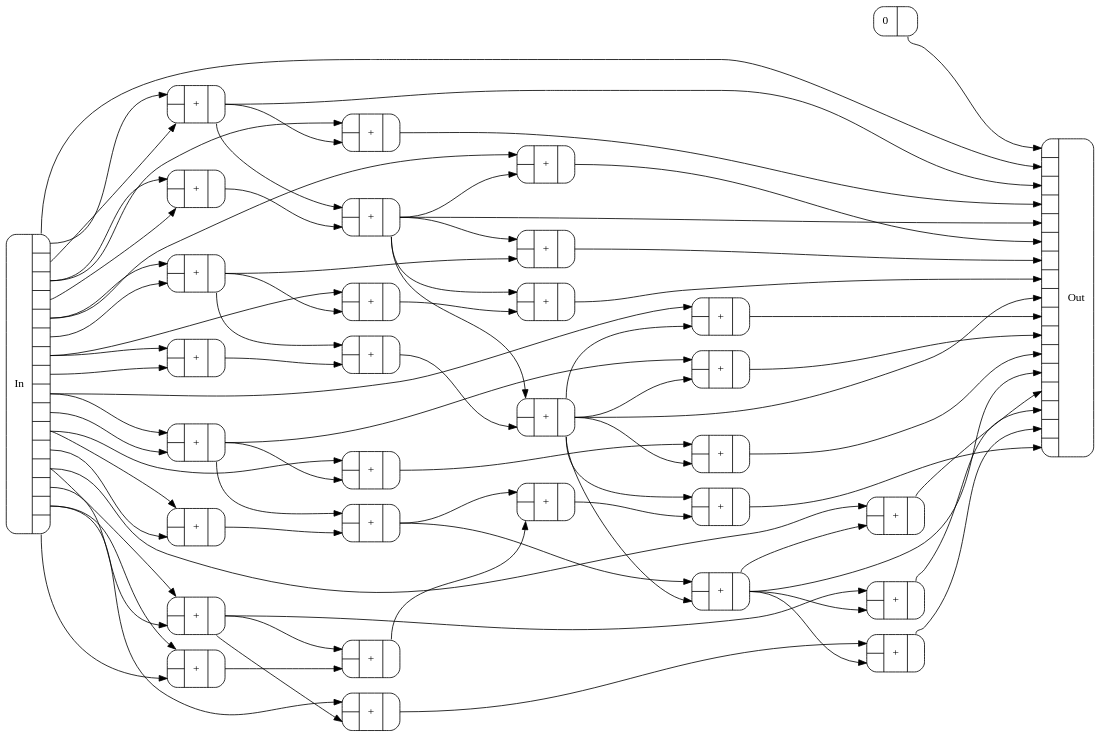
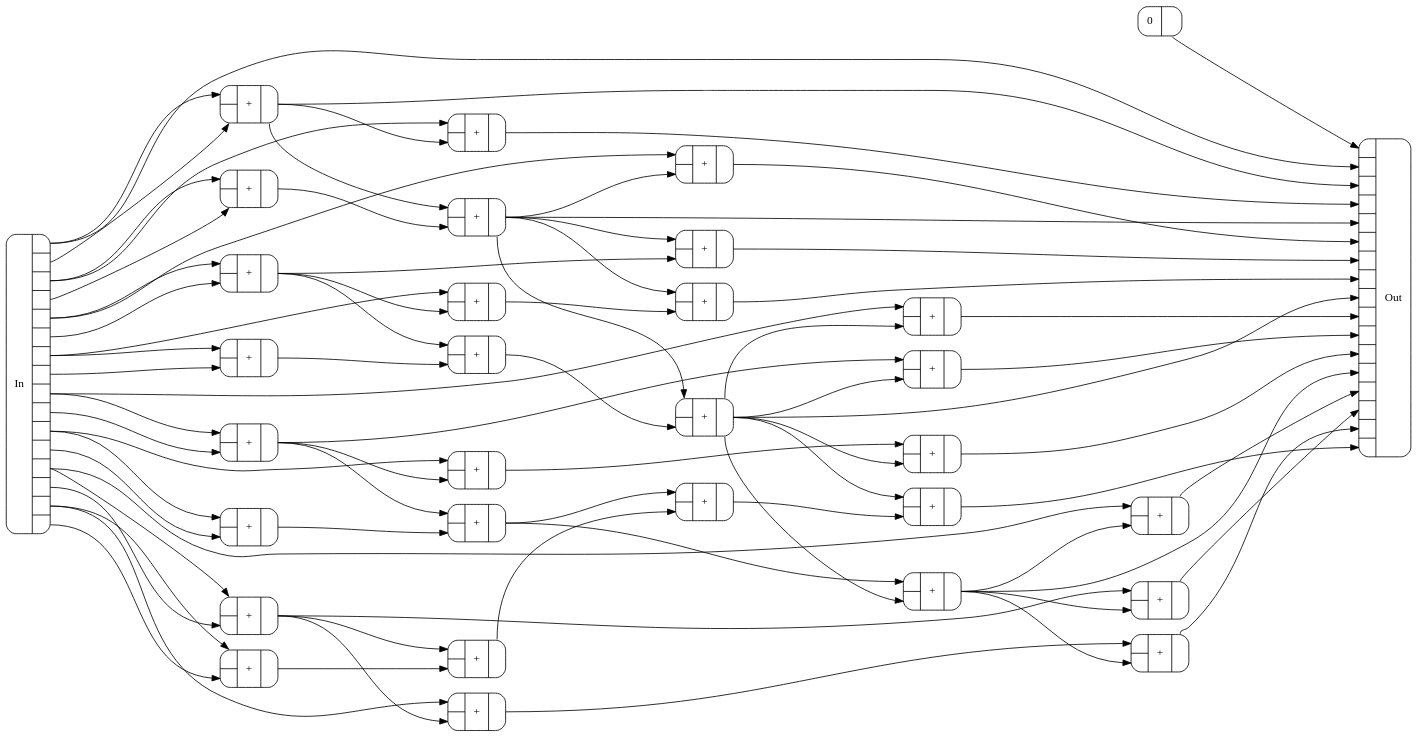
One commit to conal/talk-2021-can-tensor-programming-be-liberated changed the diagram in Figures/lsums-bush2.dot. Above: the diagram before and after it, drawn with Graphviz. The commit also changed 3 other files, not shown here.

```diff
--- a/Figures/lsums-bush2.dot
+++ b/Figures/lsums-bush2.dot
@@ -1,117 +1,117 @@
 digraph lsums_bush2 {
   margin=0;
   rankdir=LR;
   node [shape=Mrecord];
   bgcolor=transparent;
   nslimit=20;
-  ranksep="2";
+  ranksep="2.9";
   c0 [label="{{<In0>|<In1>}|+|{<Out0>}}"];
   c1 [label="{{<In0>|<In1>}|+|{<Out0>}}"];
   c2 [label="{{<In0>|<In1>}|+|{<Out0>}}"];
   c3 [label="{{<In0>|<In1>}|+|{<Out0>}}"];
   c4 [label="{{<In0>|<In1>}|+|{<Out0>}}"];
   c5 [label="{{<In0>|<In1>}|+|{<Out0>}}"];
   c6 [label="{{<In0>|<In1>}|+|{<Out0>}}"];
   c7 [label="{{<In0>|<In1>}|+|{<Out0>}}"];
   c8 [label="{{<In0>|<In1>}|+|{<Out0>}}"];
   c9 [label="{{<In0>|<In1>}|+|{<Out0>}}"];
   c10 [label="{{<In0>|<In1>}|+|{<Out0>}}"];
   c11 [label="{{<In0>|<In1>}|+|{<Out0>}}"];
   c12 [label="{{<In0>|<In1>}|+|{<Out0>}}"];
   c13 [label="{{<In0>|<In1>}|+|{<Out0>}}"];
   c14 [label="{{<In0>|<In1>}|+|{<Out0>}}"];
   c15 [label="{{<In0>|<In1>}|+|{<Out0>}}"];
   c16 [label="{{<In0>|<In1>}|+|{<Out0>}}"];
   c17 [label="{{<In0>|<In1>}|+|{<Out0>}}"];
   c18 [label="{{<In0>|<In1>}|+|{<Out0>}}"];
   c19 [label="{{<In0>|<In1>}|+|{<Out0>}}"];
   c20 [label="{{<In0>|<In1>}|+|{<Out0>}}"];
   c21 [label="{{<In0>|<In1>}|+|{<Out0>}}"];
   c22 [label="{{<In0>|<In1>}|+|{<Out0>}}"];
   c23 [label="{{<In0>|<In1>}|+|{<Out0>}}"];
   c24 [label="{{<In0>|<In1>}|+|{<Out0>}}"];
   c25 [label="{{<In0>|<In1>}|+|{<Out0>}}"];
   c26 [label="{{<In0>|<In1>}|+|{<Out0>}}"];
   c27 [label="{{<In0>|<In1>}|+|{<Out0>}}"];
   c28 [label="{{<In0>|<In1>}|+|{<Out0>}}"];
   c29 [label="{0|{<Out0>}}"];
   c30 [label="{In|{<Out0>|<Out1>|<Out2>|<Out3>|<Out4>|<Out5>|<Out6>|<Out7>|<Out8>|<Out9>|<Out10>|<Out11>|<Out12>|<Out13>|<Out14>|<Out15>}}"];
   c31 [label="{{<In0>|<In1>|<In2>|<In3>|<In4>|<In5>|<In6>|<In7>|<In8>|<In9>|<In10>|<In11>|<In12>|<In13>|<In14>|<In15>|<In16>}|Out}"];
   c30:Out0 -> c0:In0 [];
   c30:Out1 -> c0:In1 [];
   c30:Out2 -> c1:In0 [];
   c30:Out3 -> c1:In1 [];
   c30:Out2 -> c2:In0 [];
   c0:Out0 -> c2:In1 [];
   c30:Out4 -> c3:In0 [];
   c30:Out5 -> c3:In1 [];
   c30:Out4 -> c4:In0 [];
   c15:Out0 -> c4:In1 [];
   c30:Out6 -> c5:In0 [];
   c30:Out7 -> c5:In1 [];
   c30:Out6 -> c6:In0 [];
   c3:Out0 -> c6:In1 [];
   c30:Out8 -> c7:In0 [];
   c30:Out9 -> c7:In1 [];
   c30:Out8 -> c8:In0 [];
   c17:Out0 -> c8:In1 [];
   c30:Out10 -> c9:In0 [];
   c30:Out11 -> c9:In1 [];
   c30:Out10 -> c10:In0 [];
   c7:Out0 -> c10:In1 [];
   c30:Out12 -> c11:In0 [];
   c30:Out13 -> c11:In1 [];
   c30:Out12 -> c12:In0 [];
   c23:Out0 -> c12:In1 [];
   c30:Out14 -> c13:In0 [];
   c30:Out15 -> c13:In1 [];
   c30:Out14 -> c14:In0 [];
   c11:Out0 -> c14:In1 [];
   c0:Out0 -> c15:In0 [];
   c1:Out0 -> c15:In1 [];
   c15:Out0 -> c16:In0 [];
   c3:Out0 -> c16:In1 [];
   c15:Out0 -> c17:In0 [];
   c19:Out0 -> c17:In1 [];
   c15:Out0 -> c18:In0 [];
   c6:Out0 -> c18:In1 [];
   c3:Out0 -> c19:In0 [];
   c5:Out0 -> c19:In1 [];
   c7:Out0 -> c20:In0 [];
   c9:Out0 -> c20:In1 [];
   c7:Out0 -> c21:In0 [];
   c17:Out0 -> c21:In1 [];
   c20:Out0 -> c22:In0 [];
   c25:Out0 -> c22:In1 [];
   c20:Out0 -> c23:In0 [];
   c17:Out0 -> c23:In1 [];
   c10:Out0 -> c24:In0 [];
   c17:Out0 -> c24:In1 [];
   c11:Out0 -> c25:In0 [];
   c13:Out0 -> c25:In1 [];
   c11:Out0 -> c26:In0 [];
   c23:Out0 -> c26:In1 [];
   c14:Out0 -> c27:In0 [];
   c23:Out0 -> c27:In1 [];
   c17:Out0 -> c28:In0 [];
   c22:Out0 -> c28:In1 [];
   c29:Out0 -> c31:In0 [];
   c30:Out0 -> c31:In1 [];
   c0:Out0 -> c31:In2 [];
   c2:Out0 -> c31:In3 [];
   c15:Out0 -> c31:In4 [];
   c4:Out0 -> c31:In5 [];
   c16:Out0 -> c31:In6 [];
   c18:Out0 -> c31:In7 [];
   c17:Out0 -> c31:In8 [];
   c8:Out0 -> c31:In9 [];
   c21:Out0 -> c31:In10 [];
   c24:Out0 -> c31:In11 [];
   c23:Out0 -> c31:In12 [];
   c12:Out0 -> c31:In13 [];
   c26:Out0 -> c31:In14 [];
   c27:Out0 -> c31:In15 [];
   c28:Out0 -> c31:In16 [];
 }
 
 // lsums-bush2 components: 29 +, 1 0, 30 total. Max depth: 5.
```
